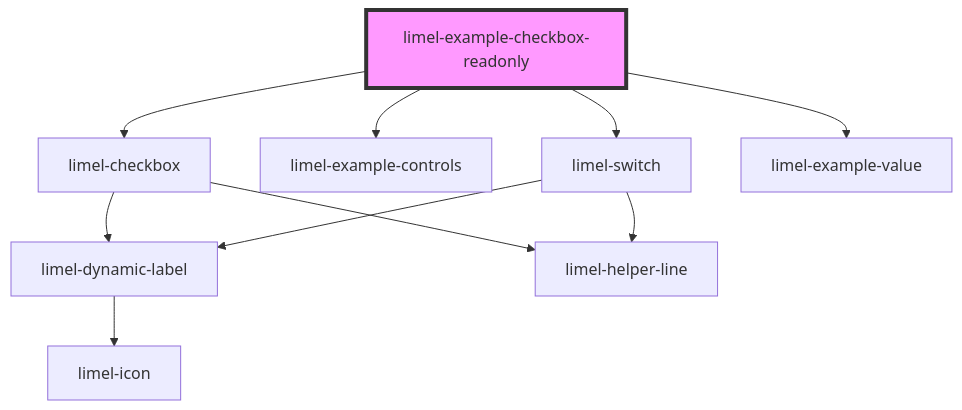
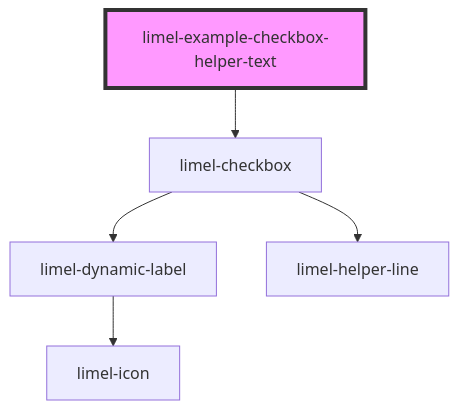
One commit to Lundalogik/lime-elements changed the diagram in versions/PR-4223/markdown-docs/components/checkbox/examples/readme.md. Above: the diagram before and after it, drawn with Mermaid. The commit also changed other lines of this file and 2 other files, not shown here.

````diff
--- a/versions/PR-4223/markdown-docs/components/checkbox/examples/readme.md
+++ b/versions/PR-4223/markdown-docs/components/checkbox/examples/readme.md
@@ -36,13 +22,8 @@
 ```mermaid
 graph TD;
-  limel-example-checkbox-readonly --> limel-checkbox
-  limel-example-checkbox-readonly --> limel-example-controls
-  limel-example-checkbox-readonly --> limel-switch
-  limel-example-checkbox-readonly --> limel-example-value
+  limel-example-checkbox-helper-text --> limel-checkbox
   limel-checkbox --> limel-dynamic-label
   limel-checkbox --> limel-helper-line
   limel-dynamic-label --> limel-icon
-  limel-switch --> limel-dynamic-label
-  limel-switch --> limel-helper-line
-  style limel-example-checkbox-readonly fill:#f9f,stroke:#333,stroke-width:4px
+  style limel-example-checkbox-helper-text fill:#f9f,stroke:#333,stroke-width:4px
 ```
````
